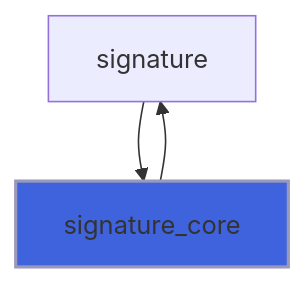
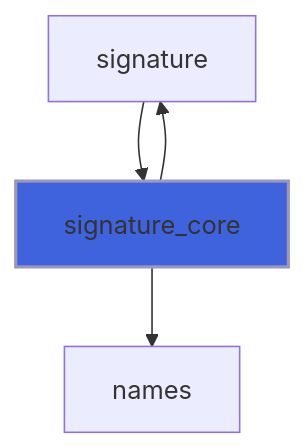
One commit to szaghi/FLAP changed diagram 57 of 57 in docs/api/src/lib/flap_command_line_interface_t.md. Above: the diagram before and after it, drawn with Mermaid. The commit also changed other lines of this file and 12 other files, not shown here.

````diff
--- a/docs/api/src/lib/flap_command_line_interface_t.md
+++ b/docs/api/src/lib/flap_command_line_interface_t.md
@@ -2156,6 +2170,7 @@
 ```mermaid
 flowchart TD
   signature["signature"] --> signature_core["signature_core"]
+  signature_core["signature_core"] --> names["names"]
   signature_core["signature_core"] --> signature["signature"]
   style signature_core fill:#3e63dd,stroke:#99b,stroke-width:2px
 ```
````
